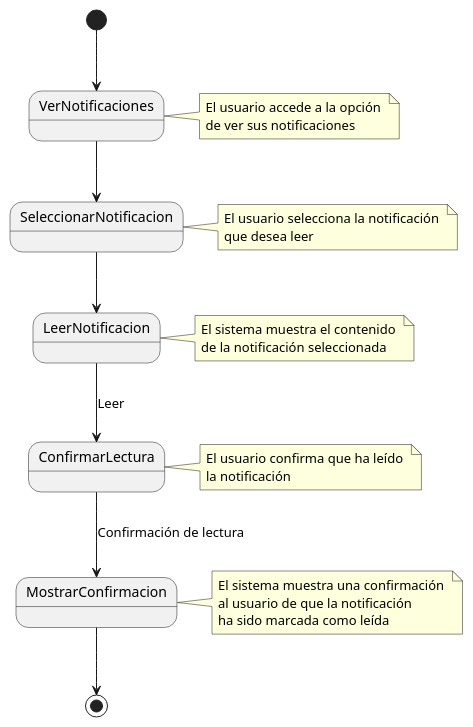
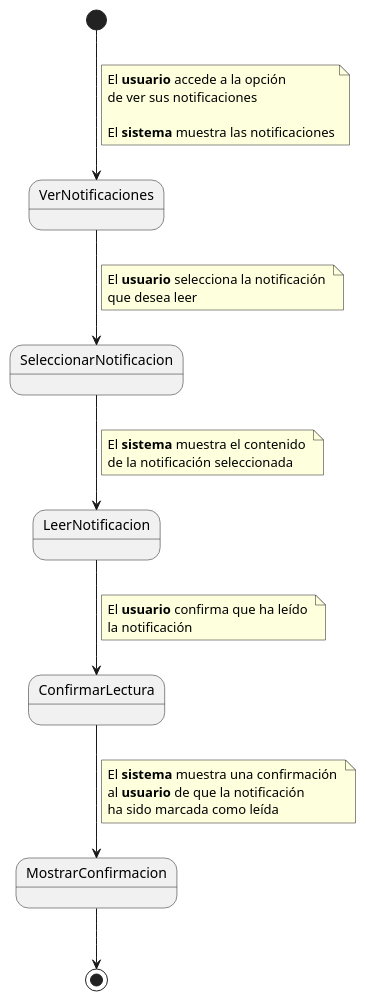
The diagram in CasosDeUso/CduDetallados/CduNotficaciones/LeerNotificaciones.puml (pablarce/23-24-IdSw1-SDR), drawn with PlantUML before and after one commit. The commit also changed 1 other file, not shown here.

Commit message:
Cambios a CDU LeerNotificaciones

```diff
--- a/CasosDeUso/CduDetallados/CduNotficaciones/LeerNotificaciones.puml
+++ b/CasosDeUso/CduDetallados/CduNotficaciones/LeerNotificaciones.puml
@@ -1,36 +1,38 @@
 @startuml
 
 [*] --> VerNotificaciones
-note right of VerNotificaciones
- El usuario accede a la opción 
+note on link
+ El **usuario** accede a la opción 
  de ver sus notificaciones
+
+ El **sistema** muestra las notificaciones
 end note
 
 VerNotificaciones --> SeleccionarNotificacion
-note right of SeleccionarNotificacion
- El usuario selecciona la notificación 
+note on link
+ El **usuario** selecciona la notificación 
  que desea leer
 end note
 
 SeleccionarNotificacion --> LeerNotificacion
-note right of LeerNotificacion
- El sistema muestra el contenido 
+note on link
+ El **sistema** muestra el contenido 
  de la notificación seleccionada
 end note
 
-LeerNotificacion --> ConfirmarLectura : Leer
-note right of ConfirmarLectura
- El usuario confirma que ha leído 
+LeerNotificacion --> ConfirmarLectura 
+note on link
+ El **usuario** confirma que ha leído 
  la notificación
 end note
 
-ConfirmarLectura --> MostrarConfirmacion : Confirmación de lectura
-note right of MostrarConfirmacion
- El sistema muestra una confirmación 
- al usuario de que la notificación 
+ConfirmarLectura --> MostrarConfirmacion
+note on link
+ El **sistema** muestra una confirmación 
+ al **usuario** de que la notificación 
  ha sido marcada como leída
 end note
 
 MostrarConfirmacion --> [*]
 
 @enduml
```
